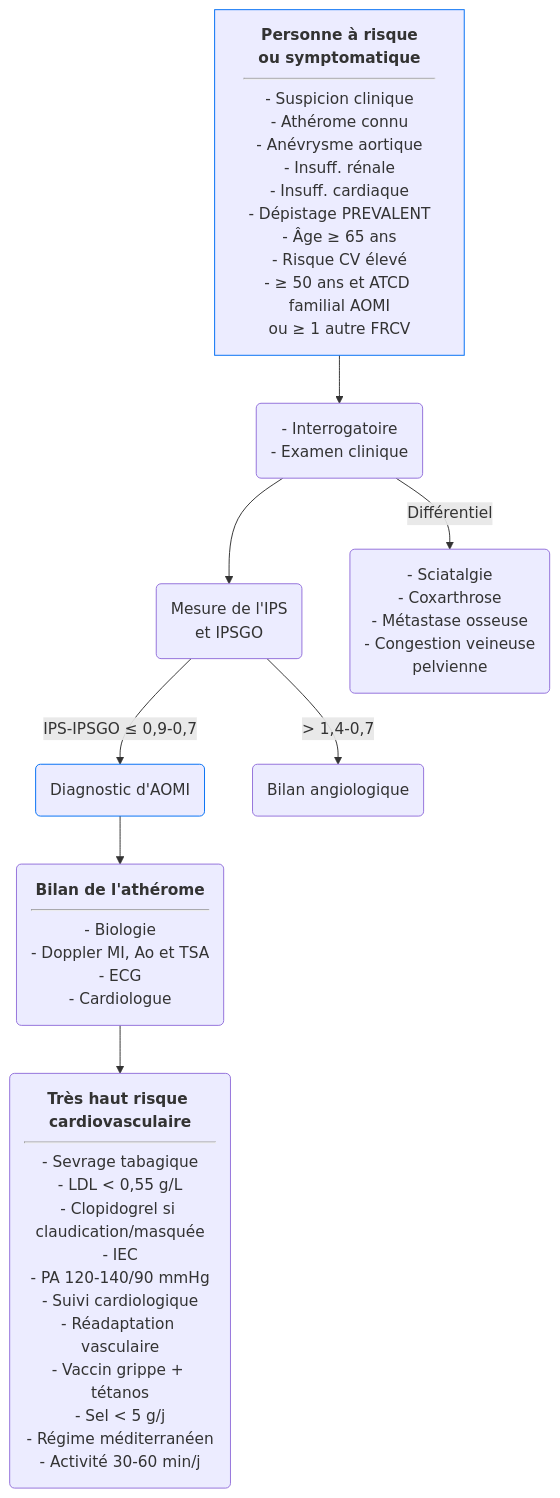
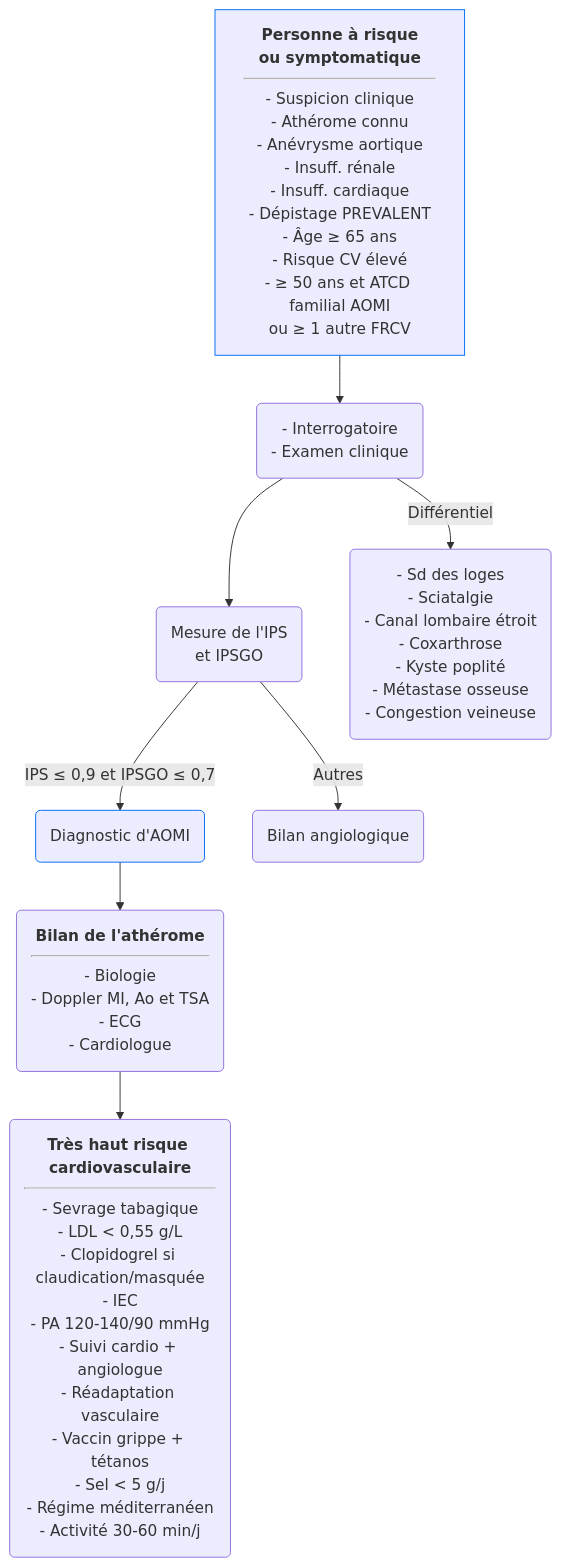
The diagram in content/recommandations/arteriopathie-obliterante-membres-inferieurs.md (djibe/recommandations-medicales), drawn with Mermaid before and after one commit. The commit also changed other lines of this file and 1 other file, not shown here.

```diff
--- a/content/recommandations/arteriopathie-obliterante-membres-inferieurs.md
+++ b/content/recommandations/arteriopathie-obliterante-membres-inferieurs.md
@@ -277,12 +277,12 @@
 {{< mermaid title="Conduite à tenir pour le dépistage de l'AOMI. Dr JB FRON d'après SFMV 2020 et ESC 2017" >}}
 graph TB
 depister["<b>Personne à risque</b><br><b>ou symptomatique</b><hr>- Suspicion clinique<br>- Athérome connu<br>- Anévrysme aortique<br>- Insuff. rénale<br>- Insuff. cardiaque<br>- Dépistage PREVALENT<br>- Âge &ge; 65 ans<br>- Risque CV élevé<br>- &ge; 50 ans et ATCD familial AOMI<br>ou &ge; 1 autre FRCV"] --> clinique("- Interrogatoire<br>- Examen clinique")
 style depister stroke:#006ef4, stroke-width:1px
   clinique --> ips("Mesure de l'IPS<br>et IPSGO")
-    ips -- "IPS-IPSGO &le; 0,9-0,7" --> AOMI(Diagnostic d'AOMI)
+    ips -- "IPS &le; 0,9 et IPSGO &le; 0,7" --> AOMI(Diagnostic d'AOMI)
     style AOMI stroke:#006ef4, stroke-width:1px
       AOMI --> bilan("<b>Bilan de l'athérome</b><hr>- Biologie<br>- Doppler MI, Ao et TSA<br>- ECG<br>- Cardiologue")
-        bilan --> ttt("<b>Très haut risque cardiovasculaire</b><hr>- Sevrage tabagique<br>- LDL &lt; 0,55 g/L<br>- Clopidogrel si claudication/masquée<br>- IEC<br>- PA 120-140/90 mmHg<br>- Suivi cardiologique<br>- Réadaptation vasculaire<br>- Vaccin grippe + tétanos<br>- Sel &lt; 5 g/j<br>- Régime méditerranéen<br>- Activité 30-60 min/j")
-    ips -- "&gt; 1,4-0,7" --> doppler(Bilan angiologique)
-  clinique -- Différentiel --> diff("- Sciatalgie<br>- Coxarthrose<br>- Métastase osseuse<br>- Congestion veineuse<br>pelvienne")
+        bilan --> ttt("<b>Très haut risque cardiovasculaire</b><hr>- Sevrage tabagique<br>- LDL &lt; 0,55 g/L<br>- Clopidogrel si claudication/masquée<br>- IEC<br>- PA 120-140/90 mmHg<br>- Suivi cardio + angiologue<br>- Réadaptation vasculaire<br>- Vaccin grippe + tétanos<br>- Sel &lt; 5 g/j<br>- Régime méditerranéen<br>- Activité 30-60 min/j")
+    ips -- "Autres" --> doppler(Bilan angiologique)
+  clinique -- Différentiel --> diff("- Sd des loges<br>- Sciatalgie<br>- Canal lombaire étroit<br>- Coxarthrose<br>- Kyste poplité<br>- Métastase osseuse<br>- Congestion veineuse")
 {{< /mermaid >}}
```
